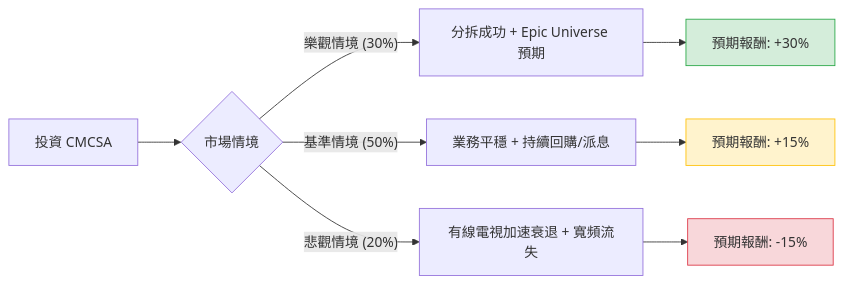
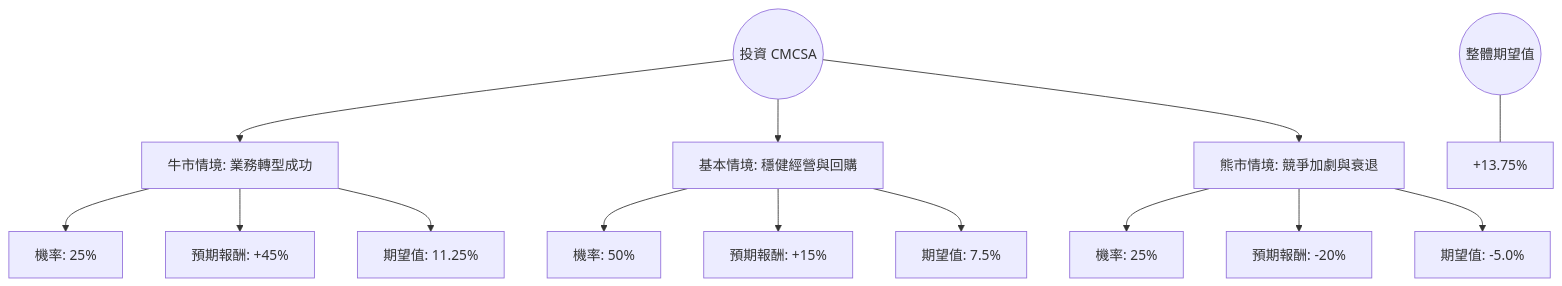
The diagram in plugin-react/ai-analysis/ev-analysis/CMCSA.md (zmcx16/zmcx16.github.io), drawn with Mermaid before and after one commit. The commit also changed other lines of this file and 50 other files, not shown here.

````diff
--- a/plugin-react/ai-analysis/ev-analysis/CMCSA.md
+++ b/plugin-react/ai-analysis/ev-analysis/CMCSA.md
@@ -21,16 +19,20 @@
 ```mermaid
-graph LR
-    A[投資 CMCSA] --> B{市場情境}
-    
-    B -- 樂觀情境 (30%) --> C[分拆成功 + Epic Universe 預期]
-    B -- 基準情境 (50%) --> D[業務平穩 + 持續回購/派息]
-    B -- 悲觀情境 (20%) --> E[有線電視加速衰退 + 寬頻流失]
+graph TD
+    Start((投資 CMCSA)) --> Bull[牛市情境: 業務轉型成功]
+    Start --> Base[基本情境: 穩健經營與回購]
+    Start --> Bear[熊市情境: 競爭加劇與衰退]
 
-    C --> C1[預期報酬: +30%]
-    D --> D1[預期報酬: +15%]
-    E --> E1[預期報酬: -15%]
+    Bull --> Bull_P[機率: 25%]
+    Bull --> Bull_R[預期報酬: +45%]
+    Bull --> Bull_EV[期望值: 11.25%]
 
-    style C1 fill:#d4edda,stroke:#28a745
-    style D1 fill:#fff3cd,stroke:#ffc107
-    style E1 fill:#f8d7da,stroke:#dc3545
+    Base --> Base_P[機率: 50%]
+    Base --> Base_R[預期報酬: +15%]
+    Base --> Base_EV[期望值: 7.5%]
+
+    Bear --> Bear_P[機率: 25%]
+    Bear --> Bear_R[預期報酬: -20%]
+    Bear --> Bear_EV[期望值: -5.0%]
+
+    Total((整體期望值)) --- Result[+13.75%]
 ```
````
